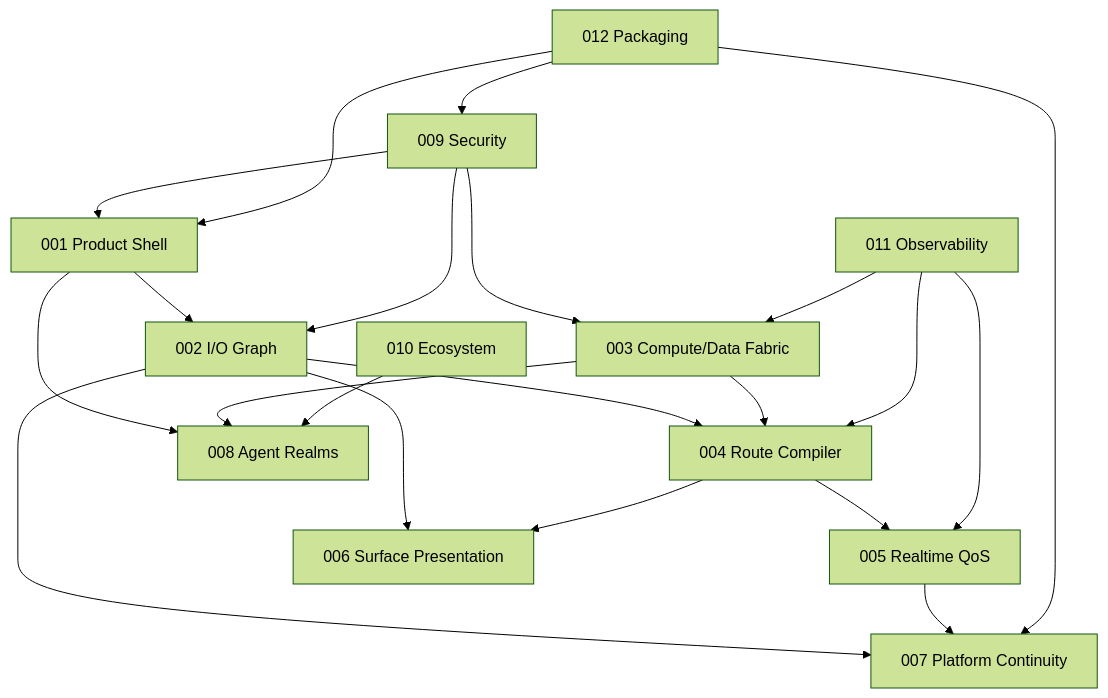
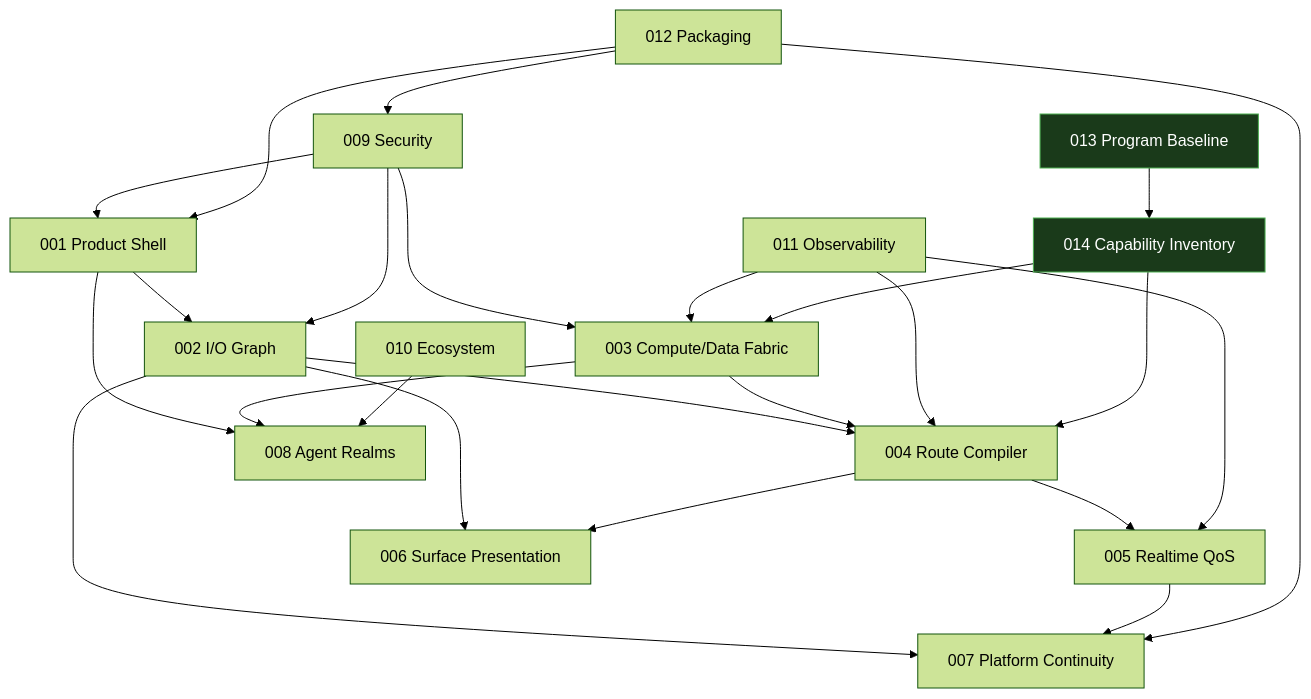
Before and after one commit to KooshaPari/PhenoFabric: the diagram in specs/INDEX.md, drawn with Mermaid (forest theme). The commit also changed other lines of this file and 8 other files, not shown here.

````diff
--- a/specs/INDEX.md
+++ b/specs/INDEX.md
@@ -22,36 +35,46 @@
 ```mermaid
 flowchart TD
     S001[001 Product Shell]
     S002[002 I/O Graph]
     S003[003 Compute/Data Fabric]
     S004[004 Route Compiler]
     S005[005 Realtime QoS]
     S006[006 Surface Presentation]
     S007[007 Platform Continuity]
     S008[008 Agent Realms]
     S009[009 Security]
     S010[010 Ecosystem]
     S011[011 Observability]
     S012[012 Packaging]
+    R000[013 Program Baseline]:::r0
+    R010[014 Capability Inventory]:::r0
+
+    classDef r0 fill:#1a1a2e,stroke:#0f3460,color:#e94560
 
     S001 --> S002
     S002 --> S004
     S003 --> S004
     S004 --> S005
     S002 --> S006
     S004 --> S006
     S002 --> S007
     S005 --> S007
     S001 --> S008
     S003 --> S008
     S009 --> S001
     S009 --> S002
     S009 --> S003
     S010 --> S008
     S011 --> S003
     S011 --> S004
     S011 --> S005
     S012 --> S001
     S012 --> S007
     S012 --> S009
+    R000 --> R010
+    R010 --> S003
+    R010 --> S004
+
+    style R000 fill:#1a3a1a,stroke:#4caf50,color:#fff
+    style R010 fill:#1a3a1a,stroke:#4caf50,color:#fff
 ```
````
